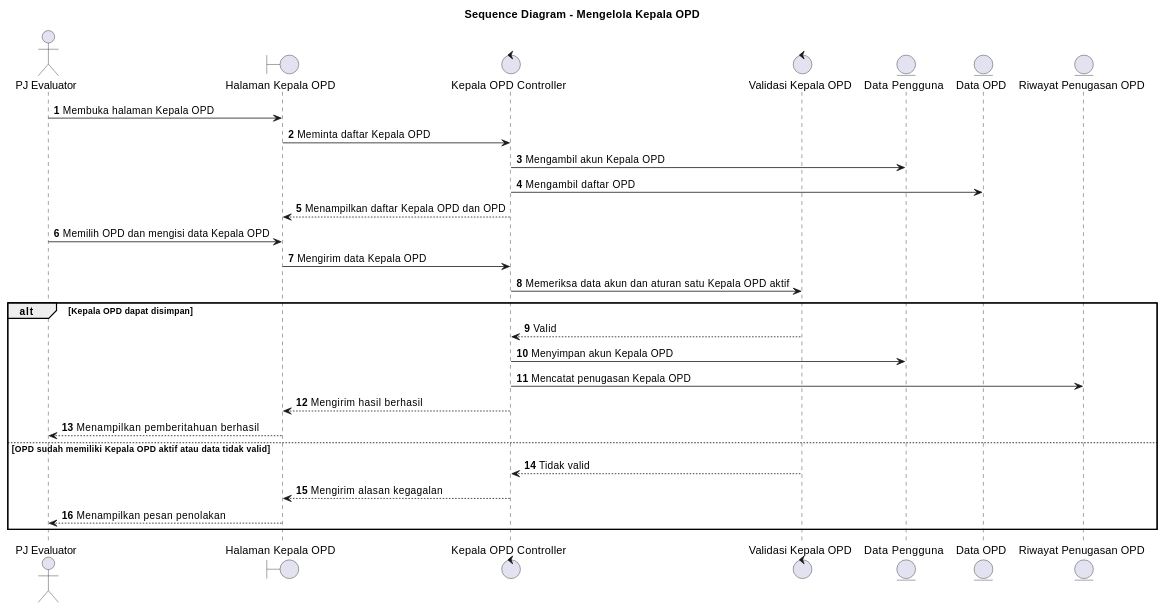
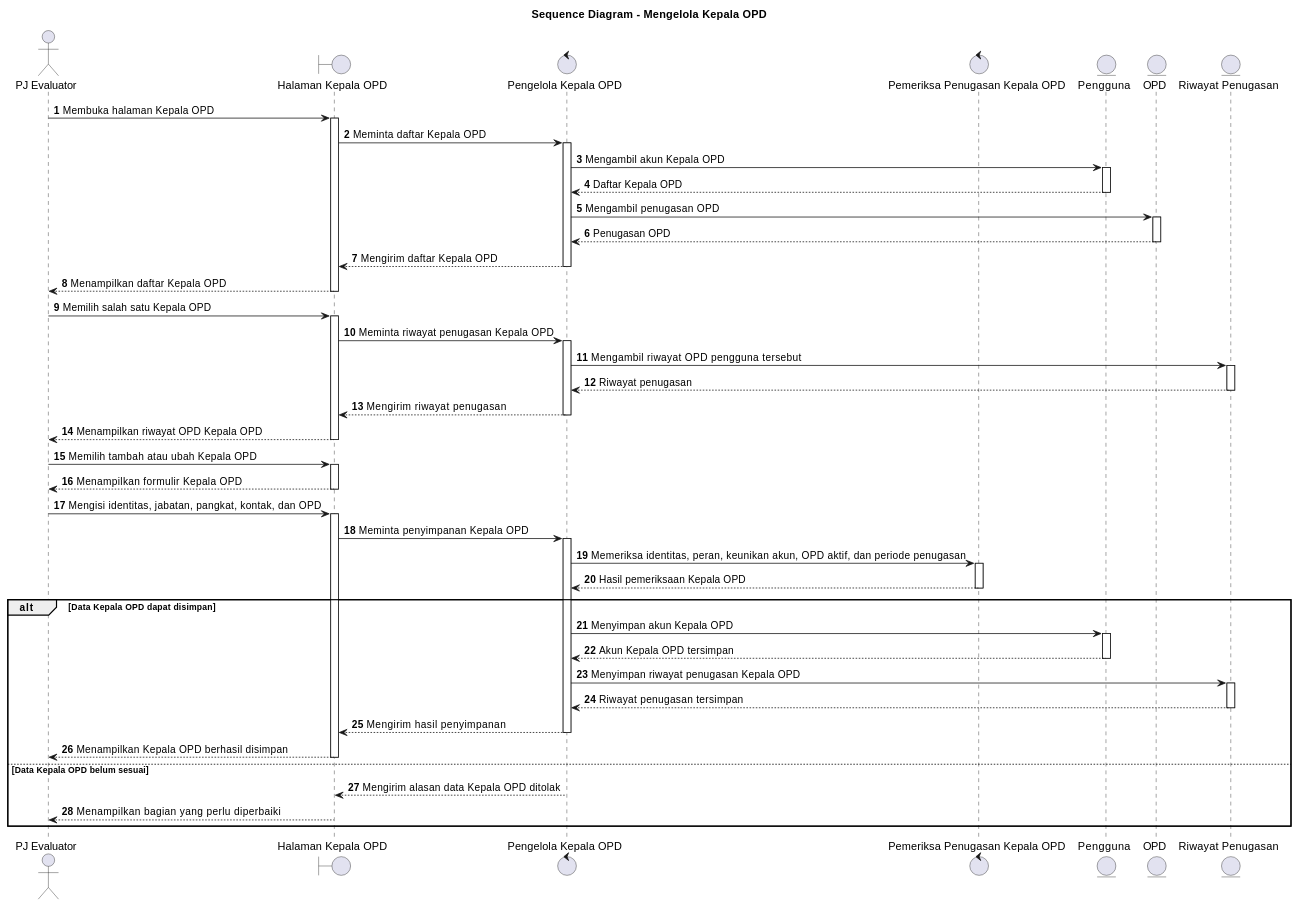
One commit to howlil/sop-generate-app changed the diagram in docs/sequence/lampiran/pj-evaluator-mengelola-kepala-opd.md. Above: the diagram before and after it, drawn with PlantUML. The commit also changed other lines of this file and 90 other files, not shown here.

````diff
--- a/docs/sequence/lampiran/pj-evaluator-mengelola-kepala-opd.md
+++ b/docs/sequence/lampiran/pj-evaluator-mengelola-kepala-opd.md
@@ -16,37 +16,50 @@
 ```plantuml
 @startuml
 title Sequence Diagram - Mengelola Kepala OPD
 autonumber
+autoactivate on
 
-actor "PJ Evaluator" as Aktor
-boundary "Halaman Kepala OPD" as UI
-control "Kepala OPD Controller" as KepalaCtrl
-control "Validasi Kepala OPD" as Validasi
-entity "Data Pengguna" as Pengguna
-entity "Data OPD" as OPD
-entity "Riwayat Penugasan OPD" as RiwayatOPD
+actor "PJ Evaluator" as A
+boundary "Halaman Kepala OPD" as B
+control "Pengelola Kepala OPD" as C
+control "Pemeriksa Penugasan Kepala OPD" as D
+entity "Pengguna" as Pengguna
+entity "OPD" as OPD
+entity "Riwayat Penugasan" as RiwayatPenugasan
 
-Aktor -> UI : Membuka halaman Kepala OPD
-UI -> KepalaCtrl : Meminta daftar Kepala OPD
-KepalaCtrl -> Pengguna : Mengambil akun Kepala OPD
-KepalaCtrl -> OPD : Mengambil daftar OPD
-KepalaCtrl --> UI : Menampilkan daftar Kepala OPD dan OPD
+A -> B : Membuka halaman Kepala OPD
+B -> C : Meminta daftar Kepala OPD
+C -> Pengguna : Mengambil akun Kepala OPD
+Pengguna --> C : Daftar Kepala OPD
+C -> OPD : Mengambil penugasan OPD
+OPD --> C : Penugasan OPD
+C --> B : Mengirim daftar Kepala OPD
+B --> A : Menampilkan daftar Kepala OPD
 
-Aktor -> UI : Memilih OPD dan mengisi data Kepala OPD
-UI -> KepalaCtrl : Mengirim data Kepala OPD
-KepalaCtrl -> Validasi : Memeriksa data akun dan aturan satu Kepala OPD aktif
+A -> B : Memilih salah satu Kepala OPD
+B -> C : Meminta riwayat penugasan Kepala OPD
+C -> RiwayatPenugasan : Mengambil riwayat OPD pengguna tersebut
+RiwayatPenugasan --> C : Riwayat penugasan
+C --> B : Mengirim riwayat penugasan
+B --> A : Menampilkan riwayat OPD Kepala OPD
 
-alt Kepala OPD dapat disimpan
-  Validasi --> KepalaCtrl : Valid
-  KepalaCtrl -> Pengguna : Menyimpan akun Kepala OPD
-  KepalaCtrl -> RiwayatOPD : Mencatat penugasan Kepala OPD
-  KepalaCtrl --> UI : Mengirim hasil berhasil
-  UI --> Aktor : Menampilkan pemberitahuan berhasil
-else OPD sudah memiliki Kepala OPD aktif atau data tidak valid
-  Validasi --> KepalaCtrl : Tidak valid
-  KepalaCtrl --> UI : Mengirim alasan kegagalan
-  UI --> Aktor : Menampilkan pesan penolakan
+A -> B : Memilih tambah atau ubah Kepala OPD
+B --> A : Menampilkan formulir Kepala OPD
+A -> B : Mengisi identitas, jabatan, pangkat, kontak, dan OPD
+B -> C : Meminta penyimpanan Kepala OPD
+C -> D : Memeriksa identitas, peran, keunikan akun, OPD aktif, dan periode penugasan
+D --> C : Hasil pemeriksaan Kepala OPD
+alt Data Kepala OPD dapat disimpan
+  C -> Pengguna : Menyimpan akun Kepala OPD
+  Pengguna --> C : Akun Kepala OPD tersimpan
+  C -> RiwayatPenugasan : Menyimpan riwayat penugasan Kepala OPD
+  RiwayatPenugasan --> C : Riwayat penugasan tersimpan
+  C --> B : Mengirim hasil penyimpanan
+  B --> A : Menampilkan Kepala OPD berhasil disimpan
+else Data Kepala OPD belum sesuai
+  C --> B : Mengirim alasan data Kepala OPD ditolak
+  B --> A : Menampilkan bagian yang perlu diperbaiki
 end
 
 @enduml
 ```
````
